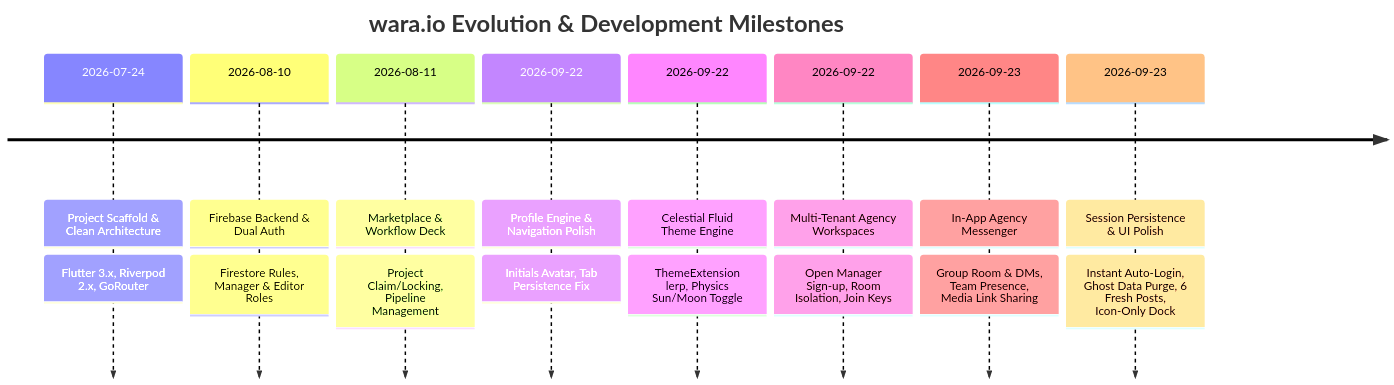
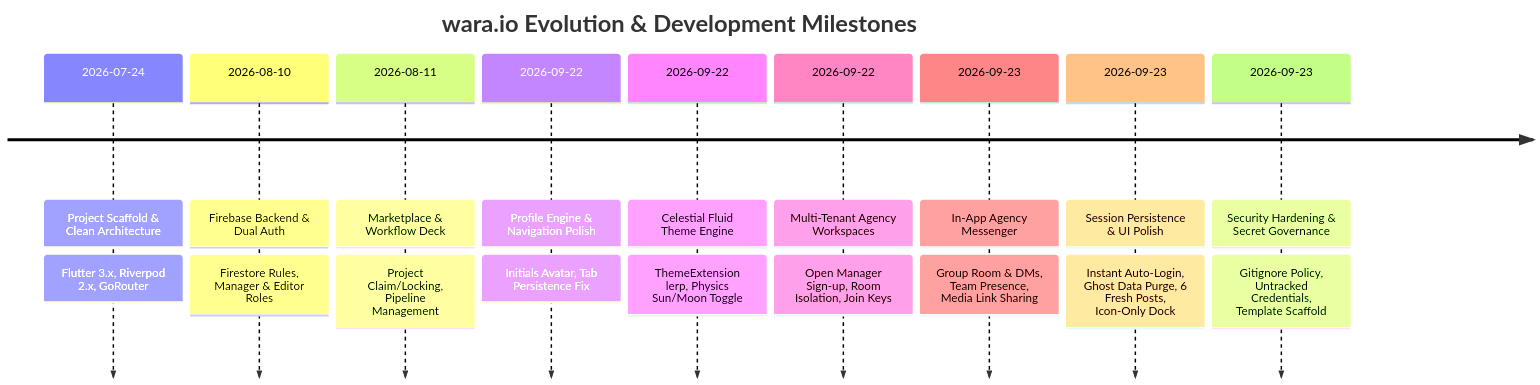
One commit to IshraqRafi/WARA-Mobile-App changed the diagram in PROGRESS.md. Above: the diagram before and after it, drawn with Mermaid. The commit also changed other lines of this file and 3 other files, not shown here.

Commit message:
chore(security): untrack Firebase credentials, harden .gitignore, and add sanitized options template

````diff
--- a/PROGRESS.md
+++ b/PROGRESS.md
@@ -9,12 +9,13 @@
 ```mermaid
 timeline
     title wara.io Evolution & Development Milestones
     2026-07-24 : Project Scaffold & Clean Architecture : Flutter 3.x, Riverpod 2.x, GoRouter
     2026-08-10 : Firebase Backend & Dual Auth : Firestore Rules, Manager & Editor Roles
     2026-08-11 : Marketplace & Workflow Deck : Project Claim/Locking, Pipeline Management
     2026-09-22 : Profile Engine & Navigation Polish : Initials Avatar, Tab Persistence Fix
     2026-09-22 : Celestial Fluid Theme Engine : ThemeExtension lerp, Physics Sun/Moon Toggle
     2026-09-22 : Multi-Tenant Agency Workspaces : Open Manager Sign-up, Room Isolation, Join Keys
     2026-09-23 : In-App Agency Messenger : Group Room & DMs, Team Presence, Media Link Sharing
     2026-09-23 : Session Persistence & UI Polish : Instant Auto-Login, Ghost Data Purge, 6 Fresh Posts, Icon-Only Dock
+    2026-09-23 : Security Hardening & Secret Governance : Gitignore Policy, Untracked Credentials, Template Scaffold
 ```
````
